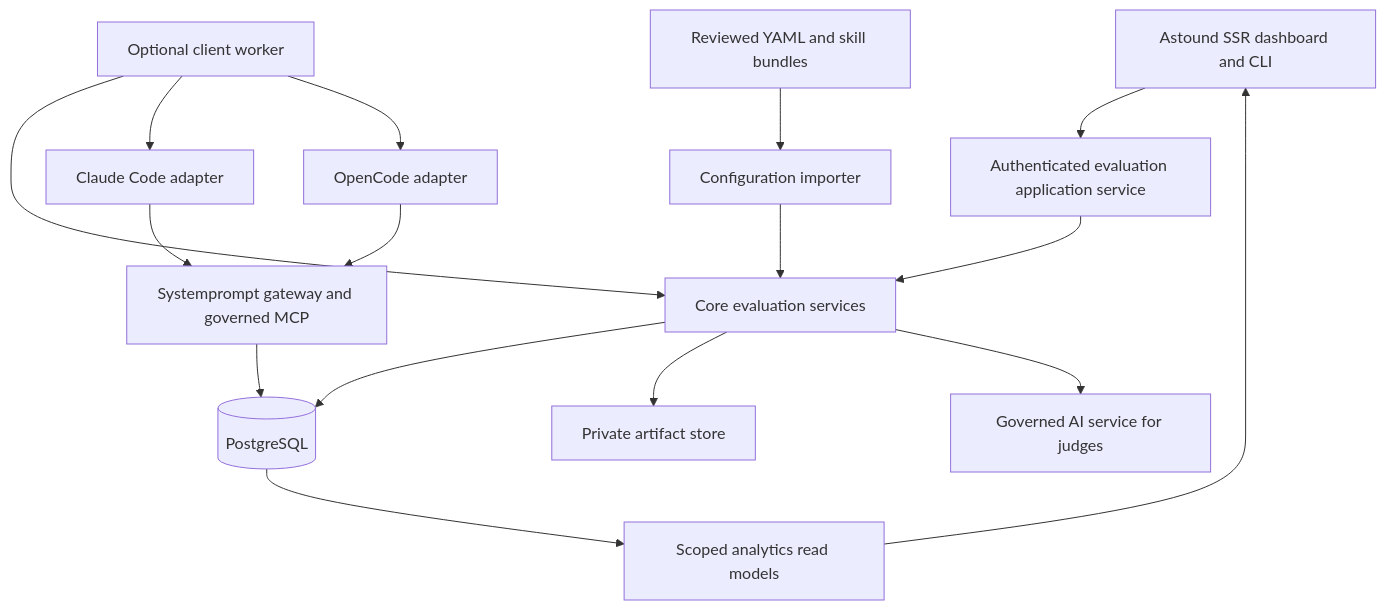
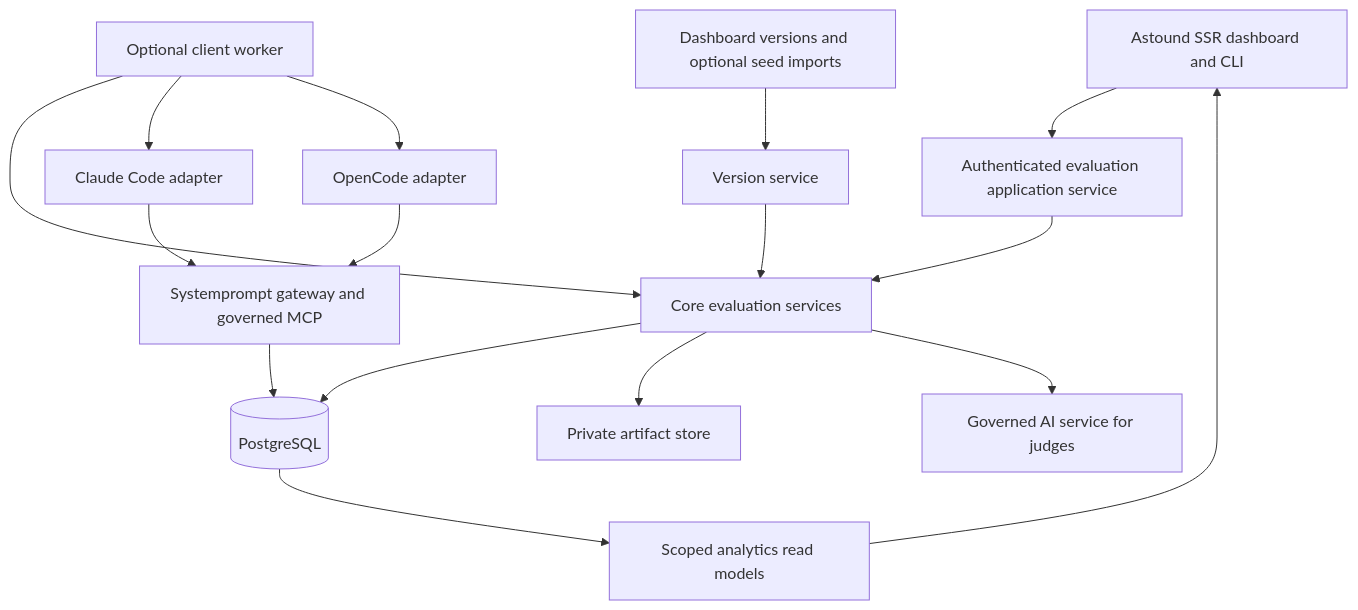
The second of 2 diagrams in evals.md (systempromptio/systemprompt-dynapps), drawn with Mermaid before and after one commit. The commit also changed other lines of this file, not shown here.

Commit message:
docs: use database skill versions and add Flash Haiku eval runbook

````diff
--- a/evals.md
+++ b/evals.md
@@ -277,18 +342,18 @@
 ```mermaid
 flowchart TB
     UI[Astound SSR dashboard and CLI] --> API[Authenticated evaluation application service]
-    CFG[Reviewed YAML and skill bundles] --> IMP[Configuration importer]
+    CFG[Dashboard versions and optional seed imports] --> IMP[Version service]
     IMP --> CORE[Core evaluation services]
     API --> CORE
     CORE --> DB[(PostgreSQL)]
     CORE --> ART[Private artifact store]
     W[Optional client worker] --> CORE
     W --> CC[Claude Code adapter]
     W --> OC[OpenCode adapter]
     CC --> GW[Systemprompt gateway and governed MCP]
     OC --> GW
     GW --> DB
     CORE --> AI[Governed AI service for judges]
     DB --> READ[Scoped analytics read models]
     READ --> UI
 ```
````
